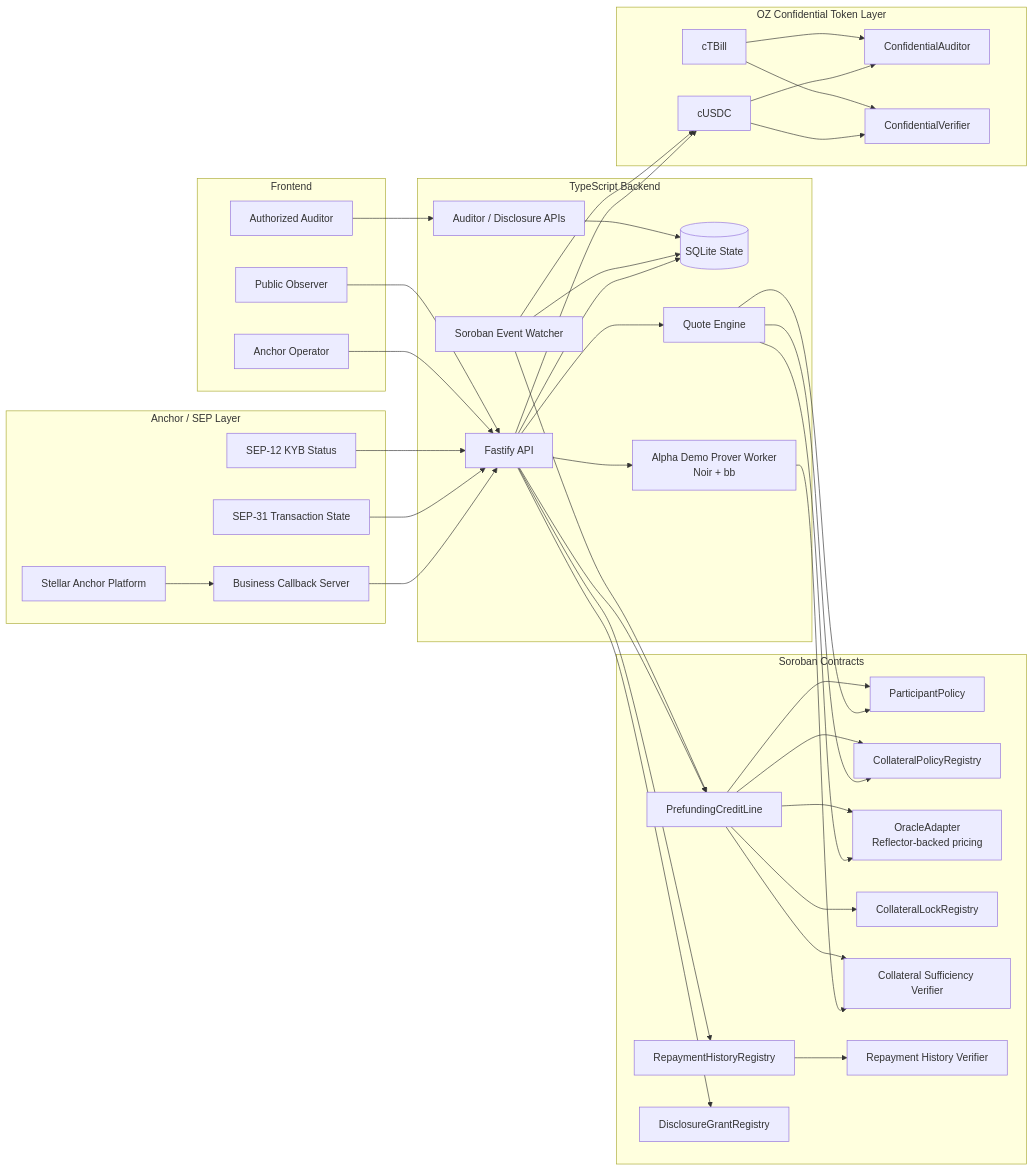
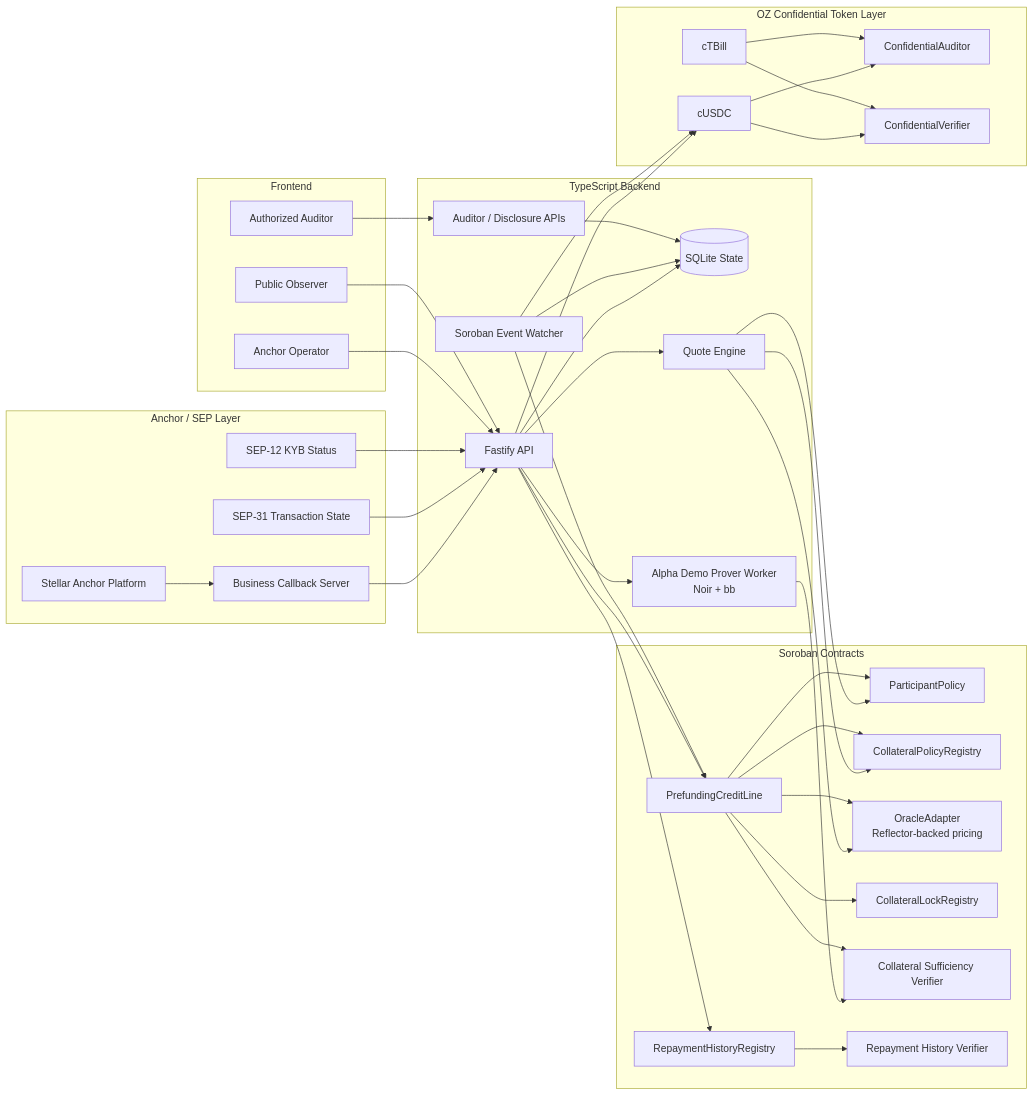
Before and after one commit to soumyacodes007/nyxfinance: the diagram in README.md, drawn with Mermaid. The commit also changed other lines of this file and 1 other file, not shown here.

````diff
--- a/README.md
+++ b/README.md
@@ -89,76 +122,74 @@
 ```mermaid
 flowchart LR
   subgraph Anchor["Anchor / SEP Layer"]
     AP["Stellar Anchor Platform"]
     BS["Business Callback Server"]
     SEP31["SEP-31 Transaction State"]
     SEP12["SEP-12 KYB Status"]
   end
 
   subgraph Backend["TypeScript Backend"]
     API["Fastify API"]
     DB[("SQLite State")]
     Watcher["Soroban Event Watcher"]
     Prover["Alpha Demo Prover Worker<br/>Noir + bb"]
     Quote["Quote Engine"]
     AuditorAPI["Auditor / Disclosure APIs"]
   end
 
   subgraph Contracts["Soroban Contracts"]
     PP["ParticipantPolicy"]
     CPR["CollateralPolicyRegistry"]
     OA["OracleAdapter<br/>Reflector-backed pricing"]
     CLR["CollateralLockRegistry"]
     PCL["PrefundingCreditLine"]
     RH["RepaymentHistoryRegistry"]
-    DG["DisclosureGrantRegistry"]
     V1["Collateral Sufficiency Verifier"]
     V2["Repayment History Verifier"]
   end
 
   subgraph Confidential["OZ Confidential Token Layer"]
     CUSDC["cUSDC"]
     CTBILL["cTBill"]
     AUD["ConfidentialAuditor"]
     VER["ConfidentialVerifier"]
   end
 
   subgraph UI["Frontend"]
     Operator["Anchor Operator"]
     Observer["Public Observer"]
     Auditor["Authorized Auditor"]
   end
 
   AP --> BS
   BS --> API
   SEP31 --> API
   SEP12 --> API
   API --> DB
   API --> Quote
   Quote --> PP
   Quote --> CPR
   Quote --> OA
   API --> Prover
   Prover --> V1
   API --> PCL
   PCL --> PP
   PCL --> CPR
   PCL --> OA
   PCL --> CLR
   PCL --> V1
   API --> CUSDC
   API --> RH
   RH --> V2
-  API --> DG
   Watcher --> PCL
   Watcher --> CUSDC
   Watcher --> DB
   CUSDC --> AUD
   CUSDC --> VER
   CTBILL --> AUD
   CTBILL --> VER
   Operator --> API
   Observer --> API
   Auditor --> AuditorAPI
   AuditorAPI --> DB
 ```
````
